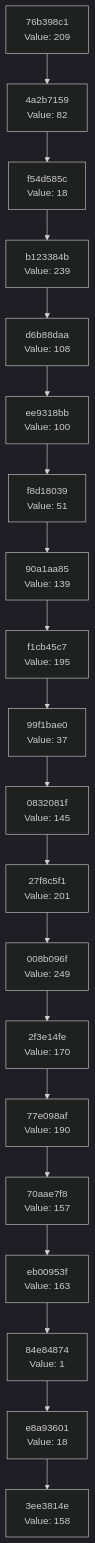
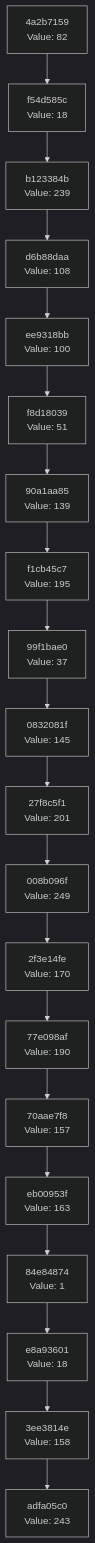
Before and after one commit to Abhisheksinha1506/hash-chain-evolver: the diagram in docs/CHAIN_VISUALIZATION.md, drawn with Mermaid (dark theme). The commit also changed 2 other files, not shown here.

Commit message:
Evolution Step

````diff
--- a/docs/CHAIN_VISUALIZATION.md
+++ b/docs/CHAIN_VISUALIZATION.md
@@ -3,42 +3,42 @@
 ```mermaid
 graph TD
-    C0["3ee3814e<br/>Value: 158"]
-    C1["e8a93601<br/>Value: 18"]
+    C0["adfa05c0<br/>Value: 243"]
+    C1["3ee3814e<br/>Value: 158"]
     C1 --> C0
-    C2["84e84874<br/>Value: 1"]
+    C2["e8a93601<br/>Value: 18"]
     C2 --> C1
-    C3["eb00953f<br/>Value: 163"]
+    C3["84e84874<br/>Value: 1"]
     C3 --> C2
-    C4["70aae7f8<br/>Value: 157"]
+    C4["eb00953f<br/>Value: 163"]
     C4 --> C3
-    C5["77e098af<br/>Value: 190"]
+    C5["70aae7f8<br/>Value: 157"]
     C5 --> C4
-    C6["2f3e14fe<br/>Value: 170"]
+    C6["77e098af<br/>Value: 190"]
     C6 --> C5
-    C7["008b096f<br/>Value: 249"]
+    C7["2f3e14fe<br/>Value: 170"]
     C7 --> C6
-    C8["27f8c5f1<br/>Value: 201"]
+    C8["008b096f<br/>Value: 249"]
     C8 --> C7
-    C9["0832081f<br/>Value: 145"]
+    C9["27f8c5f1<br/>Value: 201"]
     C9 --> C8
-    C10["99f1bae0<br/>Value: 37"]
+    C10["0832081f<br/>Value: 145"]
     C10 --> C9
-    C11["f1cb45c7<br/>Value: 195"]
+    C11["99f1bae0<br/>Value: 37"]
     C11 --> C10
-    C12["90a1aa85<br/>Value: 139"]
+    C12["f1cb45c7<br/>Value: 195"]
     C12 --> C11
-    C13["f8d18039<br/>Value: 51"]
+    C13["90a1aa85<br/>Value: 139"]
     C13 --> C12
-    C14["ee9318bb<br/>Value: 100"]
+    C14["f8d18039<br/>Value: 51"]
     C14 --> C13
-    C15["d6b88daa<br/>Value: 108"]
+    C15["ee9318bb<br/>Value: 100"]
     C15 --> C14
-    C16["b123384b<br/>Value: 239"]
+    C16["d6b88daa<br/>Value: 108"]
     C16 --> C15
-    C17["f54d585c<br/>Value: 18"]
+    C17["b123384b<br/>Value: 239"]
     C17 --> C16
-    C18["4a2b7159<br/>Value: 82"]
+    C18["f54d585c<br/>Value: 18"]
     C18 --> C17
-    C19["76b398c1<br/>Value: 209"]
+    C19["4a2b7159<br/>Value: 82"]
     C19 --> C18
 ```
````
